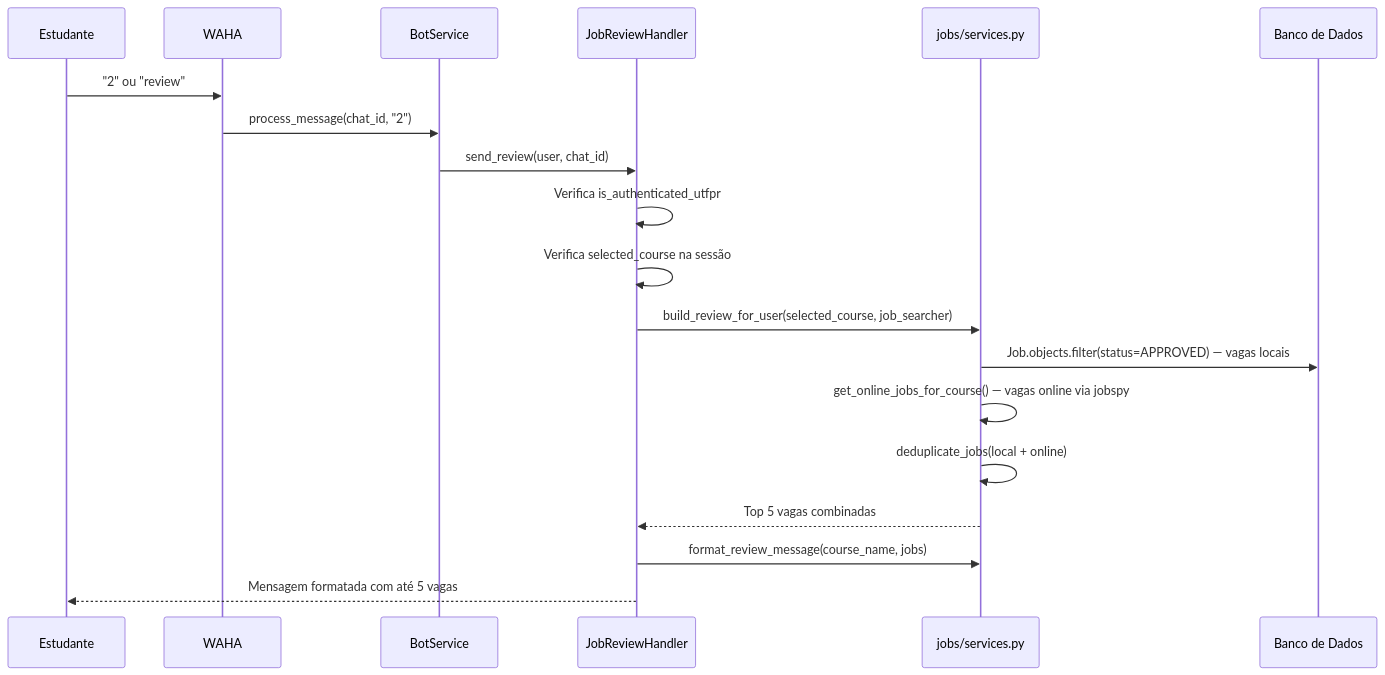
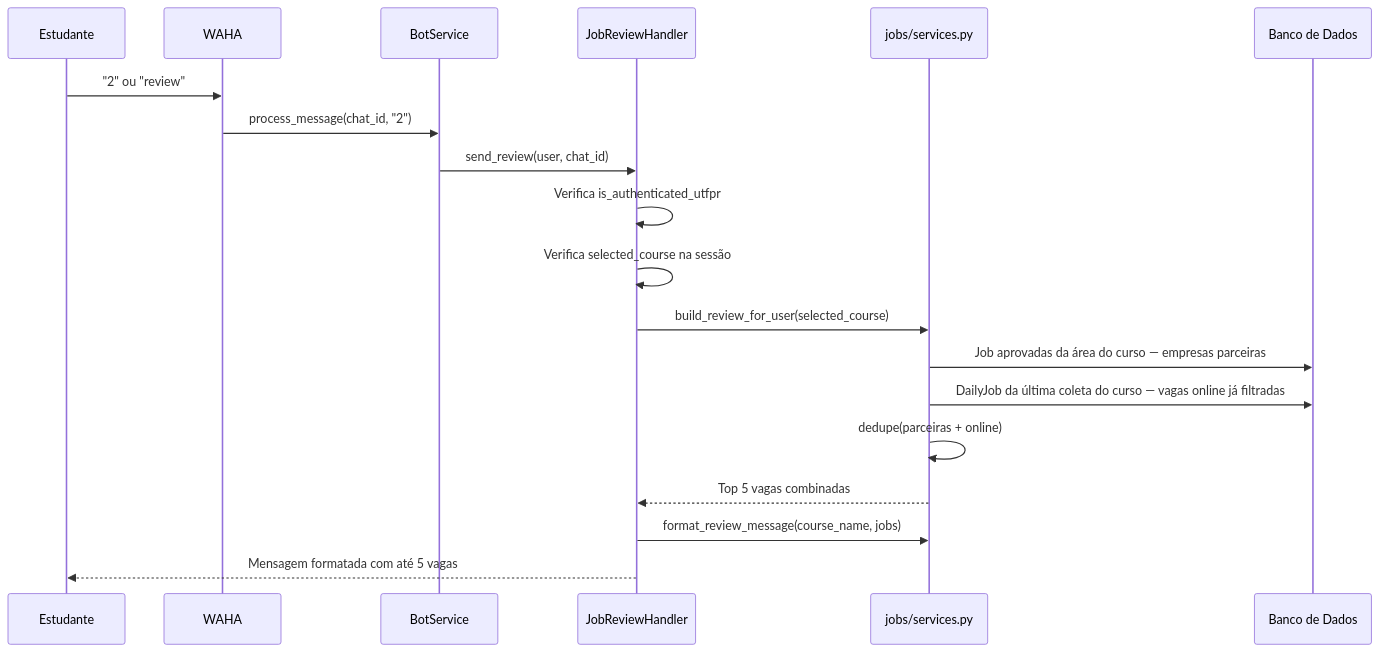
One commit to ErickBonruque/iterbot changed the fourth of 8 diagrams in docs/architecture/BOT-FLOWS.md. Above: the diagram before and after it, drawn with Mermaid. The commit also changed other lines of this file and 8 other files, not shown here.

````diff
--- a/docs/architecture/BOT-FLOWS.md
+++ b/docs/architecture/BOT-FLOWS.md
@@ -187,22 +187,22 @@
 ```mermaid
 sequenceDiagram
     participant Estudante
     participant WAHA
     participant BotService
     participant ReviewHandler as JobReviewHandler
     participant JobsService as jobs/services.py
     participant DB as Banco de Dados
 
     Estudante->>WAHA: "2" ou "review"
     WAHA->>BotService: process_message(chat_id, "2")
     BotService->>ReviewHandler: send_review(user, chat_id)
     ReviewHandler->>ReviewHandler: Verifica is_authenticated_utfpr
     ReviewHandler->>ReviewHandler: Verifica selected_course na sessão
-    ReviewHandler->>JobsService: build_review_for_user(selected_course, job_searcher)
-    JobsService->>DB: Job.objects.filter(status=APPROVED) — vagas locais
-    JobsService->>JobsService: get_online_jobs_for_course() — vagas online via jobspy
-    JobsService->>JobsService: deduplicate_jobs(local + online)
+    ReviewHandler->>JobsService: build_review_for_user(selected_course)
+    JobsService->>DB: Job aprovadas da área do curso — empresas parceiras
+    JobsService->>DB: DailyJob da última coleta do curso — vagas online já filtradas
+    JobsService->>JobsService: dedupe(parceiras + online)
     JobsService-->>ReviewHandler: Top 5 vagas combinadas
     ReviewHandler->>JobsService: format_review_message(course_name, jobs)
     ReviewHandler-->>Estudante: Mensagem formatada com até 5 vagas
 ```
````
